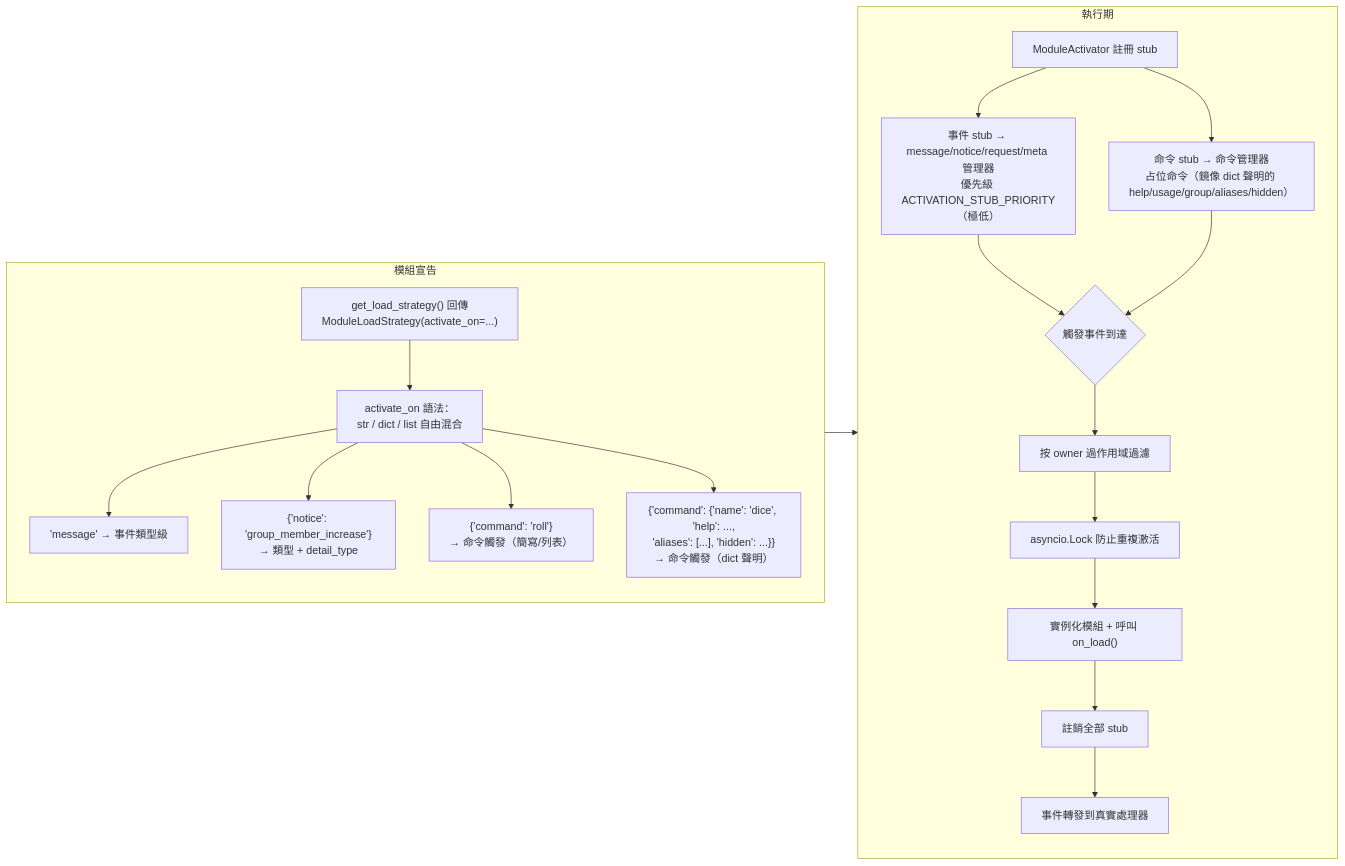
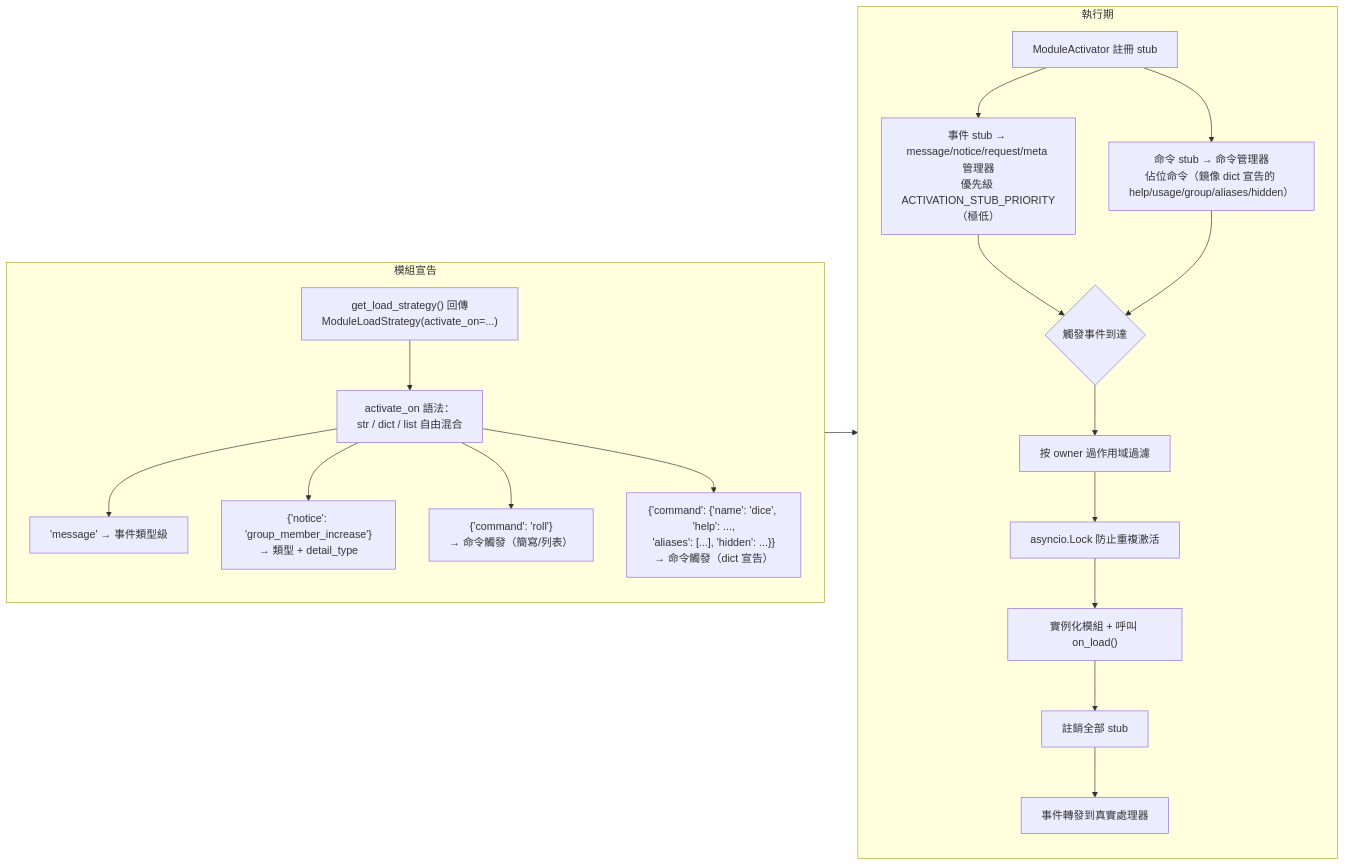
Before and after one commit to ErisPulse/ErisPulse: the seventh of 9 diagrams in docs/zh-TW/architecture.md, drawn with Mermaid. The commit also changed other lines of this file and 299 other files, not shown here.

````diff
--- a/docs/zh-TW/architecture.md
+++ b/docs/zh-TW/architecture.md
@@ -223,24 +222,24 @@
 ```mermaid
 flowchart LR
     subgraph Declare["模組宣告"]
         S1["get_load_strategy() 回傳<br/>ModuleLoadStrategy(activate_on=...)"] --> S2["activate_on 語法：<br/>str / dict / list 自由混合"]
         S2 --> S2a["'message' → 事件類型級"]
         S2 --> S2b["{'notice': 'group_member_increase'}<br/>→ 類型 + detail_type"]
         S2 --> S2c["{'command': 'roll'}<br/>→ 命令觸發（簡寫/列表）"]
-        S2 --> S2d["{'command': {'name': 'dice', 'help': ...,<br/>'aliases': [...], 'hidden': ...}}<br/>→ 命令觸發（dict 聲明）"]
+        S2 --> S2d["{'command': {'name': 'dice', 'help': ...,<br/>'aliases': [...], 'hidden': ...}}<br/>→ 命令觸發（dict 宣告）"]
     end
 
     subgraph Runtime["執行期"]
         R1["ModuleActivator 註冊 stub"] --> R1a["事件 stub → message/notice/request/meta 管理器<br/>優先級 ACTIVATION_STUB_PRIORITY（極低）"]
-        R1 --> R1b["命令 stub → 命令管理器<br/>占位命令（鏡像 dict 聲明的 help/usage/group/aliases/hidden）"]
+        R1 --> R1b["命令 stub → 命令管理器<br/>佔位命令（鏡像 dict 宣告的 help/usage/group/aliases/hidden）"]
         R1a --> R2{"觸發事件到達"}
         R1b --> R2
         R2 --> R3["按 owner 過作用域過濾"]
         R3 --> R4["asyncio.Lock 防止重複激活"]
         R4 --> R5["實例化模組 + 呼叫 on_load()"]
         R5 --> R6["註銷全部 stub"]
         R6 --> R7["事件轉發到真實處理器"]
     end
 
     Declare --> Runtime
 ```
````
